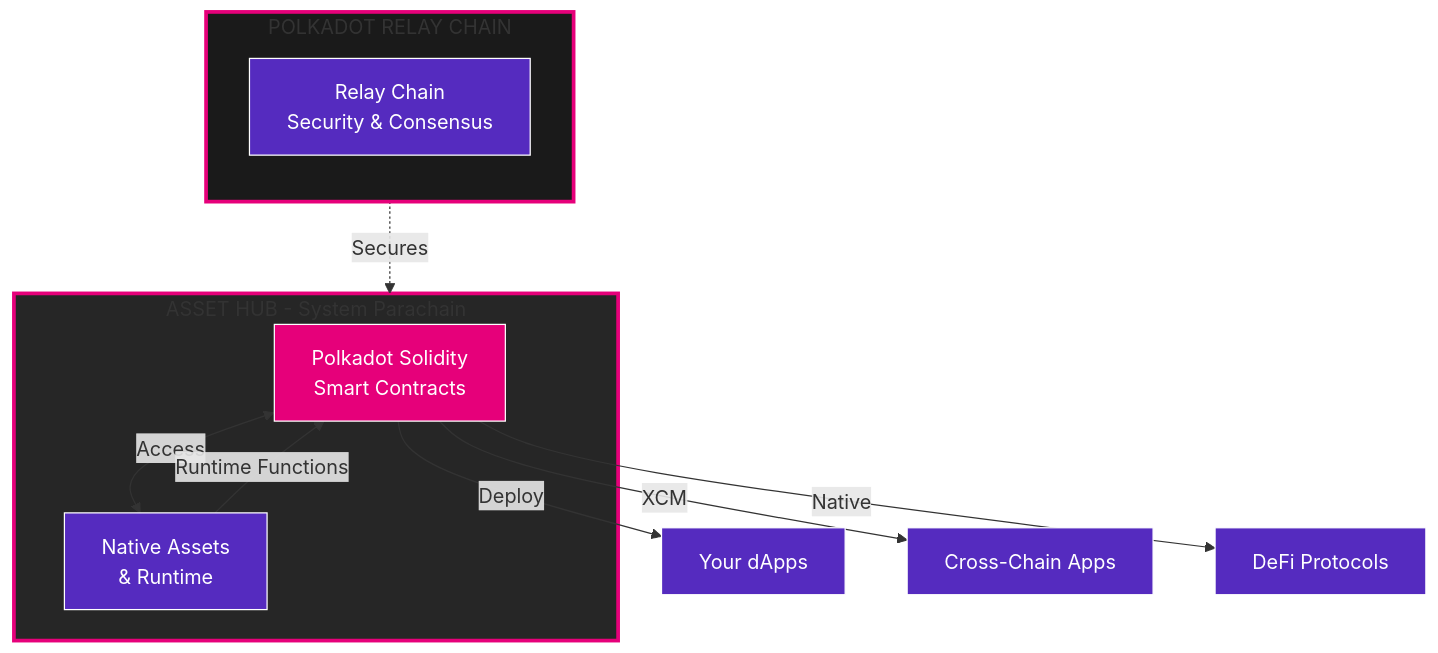
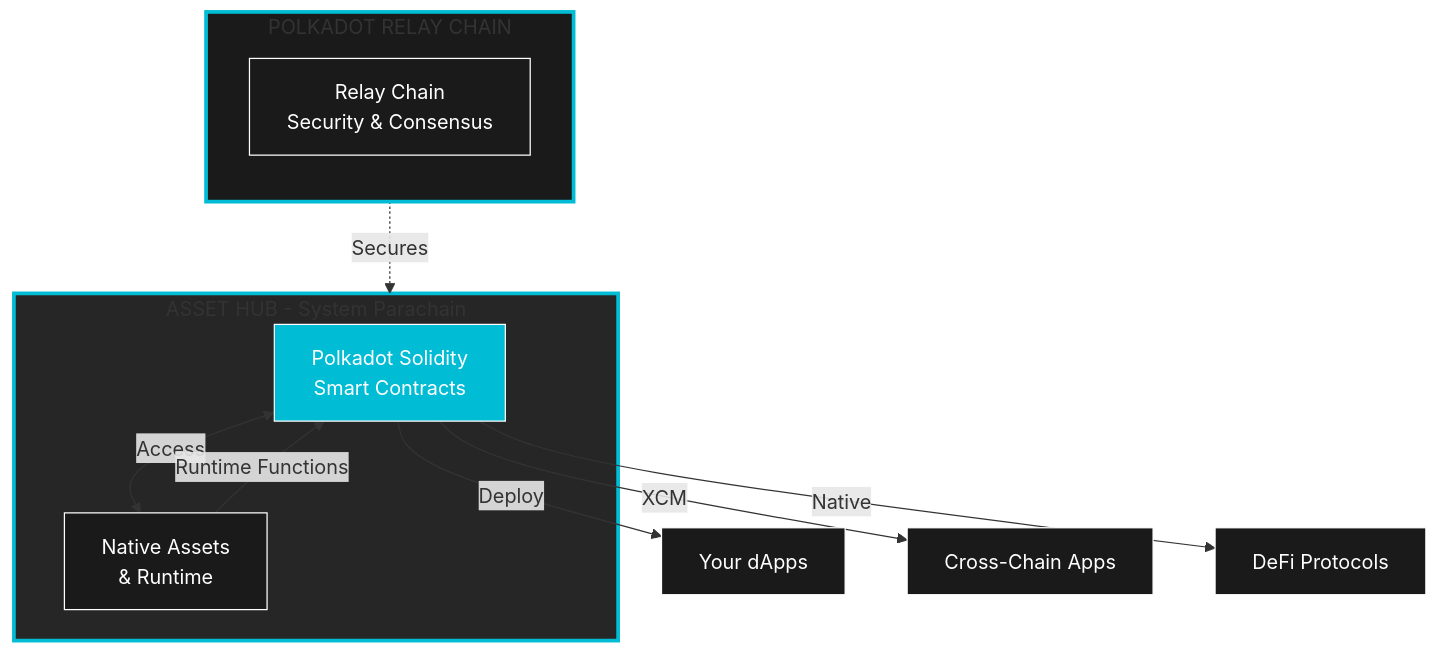
Before and after one commit to openguild-labs/polkadot-codecamp: the second of 4 diagrams in slides/introduction-to-polkadot-solidity.md, drawn with Mermaid. The commit also changed other lines of this file and 6 other files, not shown here.

````diff
--- a/slides/introduction-to-polkadot-solidity.md
+++ b/slides/introduction-to-polkadot-solidity.md
@@ -119,28 +119,28 @@
 ```mermaid
 graph TB
     subgraph RC[POLKADOT RELAY CHAIN]
         direction TB
         RELAY[Relay Chain<br/>Security & Consensus]
     end
 
     subgraph AH[ASSET HUB - System Parachain]
         HUB[Polkadot Solidity<br/>Smart Contracts]
         ASSETS[Native Assets<br/>& Runtime]
     end
 
     RELAY -.->|Secures| AH
     HUB -->|Deploy| DAPPS[Your dApps]
     HUB -->|XCM| CROSS[Cross-Chain Apps]
     HUB -->|Native| DEFI[DeFi Protocols]
     HUB <-->|Access| ASSETS
     ASSETS -->|Runtime Functions| HUB
 
-    style RC fill:#1a1a1a,stroke:#E6007A,stroke-width:3px
-    style AH fill:#262626,stroke:#E6007A,stroke-width:3px
-    style HUB fill:#E6007A,stroke:#fff,color:#fff
-    style RELAY fill:#552BBF,stroke:#fff,color:#fff
-    style ASSETS fill:#552BBF,stroke:#fff,color:#fff
-    style DAPPS fill:#552BBF,stroke:#fff,color:#fff
-    style CROSS fill:#552BBF,stroke:#fff,color:#fff
-    style DEFI fill:#552BBF,stroke:#fff,color:#fff
+    style RC fill:#1a1a1a,stroke:#00BCD4,stroke-width:3px
+    style AH fill:#262626,stroke:#00BCD4,stroke-width:3px
+    style HUB fill:#00BCD4,stroke:#fff,color:#fff
+    style RELAY fill:#1a1a1a,stroke:#fff,color:#fff
+    style ASSETS fill:#1a1a1a,stroke:#fff,color:#fff
+    style DAPPS fill:#1a1a1a,stroke:#fff,color:#fff
+    style CROSS fill:#1a1a1a,stroke:#fff,color:#fff
+    style DEFI fill:#1a1a1a,stroke:#fff,color:#fff
 ```
````
